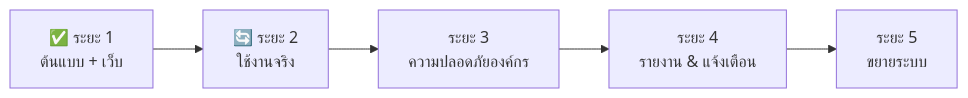
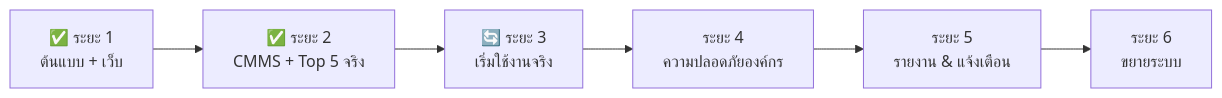
The third of 3 diagrams in docs/SYSTEM.md (piyamonw0423-glitch/P1-CRITICAL-TOP5-MAINTENANCE-PP561011-), drawn with Mermaid before and after one commit. The commit also changed other lines of this file and 1 other file, not shown here.

First line of the commit message:
Update system doc, roadmap and README for CMMS backlog, two lists and ranking

````diff
--- a/docs/SYSTEM.md
+++ b/docs/SYSTEM.md
@@ -278,4 +297,4 @@
 ```mermaid
 flowchart LR
-  A["✅ ระยะ 1<br/>ต้นแบบ + เว็บ"] --> B["🔄 ระยะ 2<br/>ใช้งานจริง"] --> C["ระยะ 3<br/>ความปลอดภัยองค์กร"] --> D["ระยะ 4<br/>รายงาน & แจ้งเตือน"] --> E["ระยะ 5<br/>ขยายระบบ"]
+  A["✅ ระยะ 1<br/>ต้นแบบ + เว็บ"] --> B["✅ ระยะ 2<br/>CMMS + Top 5 จริง"] --> C["🔄 ระยะ 3<br/>เริ่มใช้งานจริง"] --> D["ระยะ 4<br/>ความปลอดภัยองค์กร"] --> E["ระยะ 5<br/>รายงาน & แจ้งเตือน"] --> F["ระยะ 6<br/>ขยายระบบ"]
 ```
````
